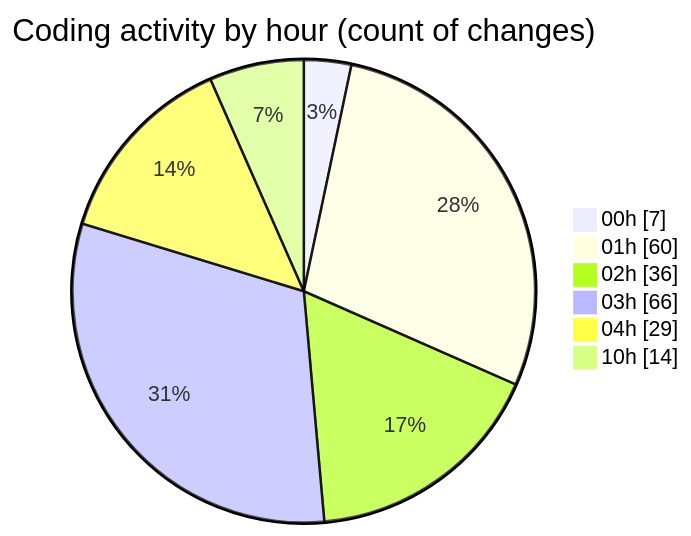
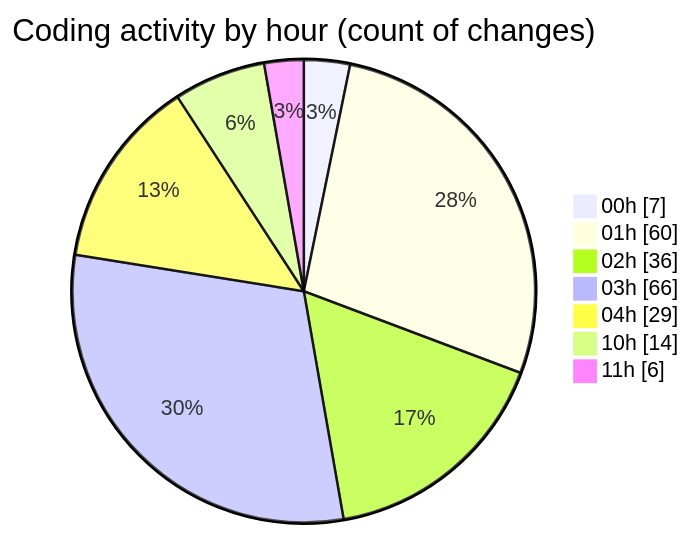
Before and after one commit to julien-gomy/code-tracking: the second of 2 diagrams in 2025-10-07/eventscop-frontend-guide__workspace_/README.md, drawn with Mermaid. The commit also changed other lines of this file and 1 other file, not shown here.

````diff
--- a/2025-10-07/eventscop-frontend-guide__workspace_/README.md
+++ b/2025-10-07/eventscop-frontend-guide__workspace_/README.md
@@ -100,10 +101,11 @@
 ```mermaid
 pie showData
 title Coding activity by hour (count of changes)
 "00h" : 7
 "01h" : 60
 "02h" : 36
 "03h" : 66
 "04h" : 29
 "10h" : 14
+"11h" : 6
 ```
````
